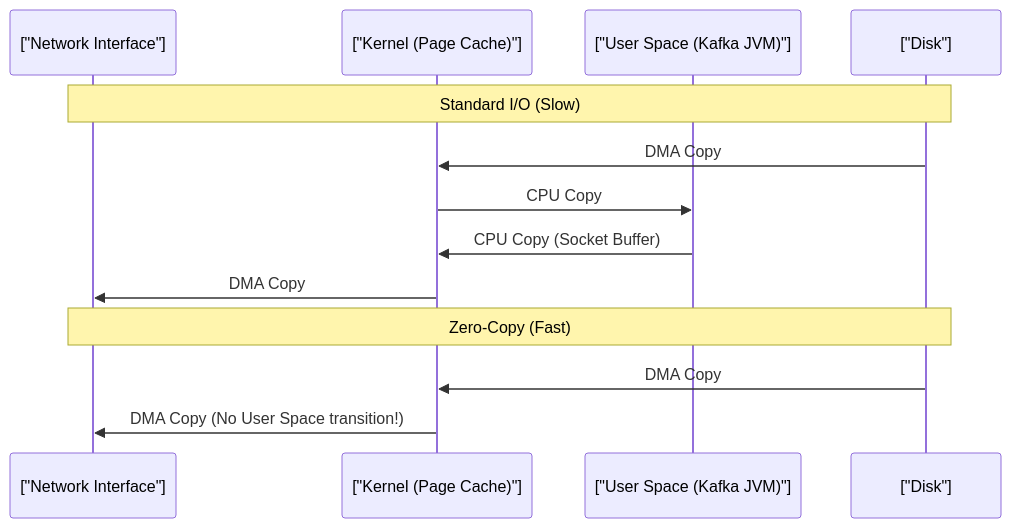
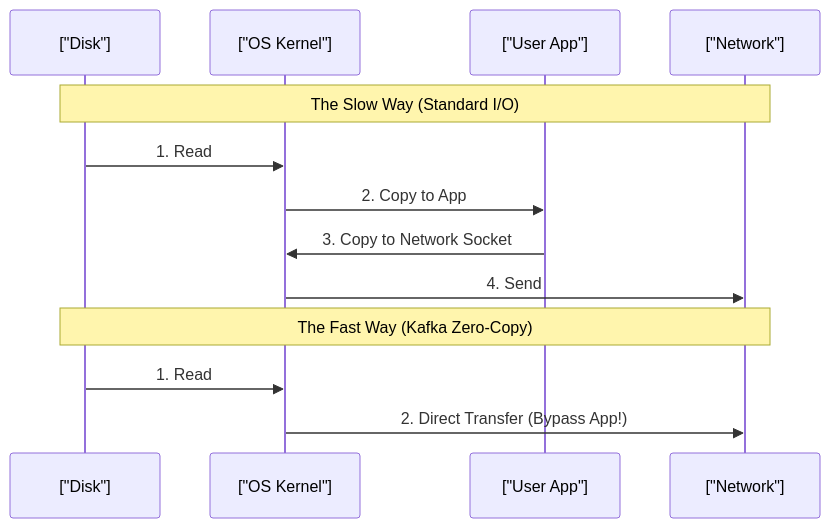
The diagram in system-design/03_distributed_systems_cap_kafka.md (fazleyrabby/backend-engineering-mastery), drawn with Mermaid before and after one commit. The commit also changed other lines of this file and 15 other files, not shown here.

````diff
--- a/system-design/03_distributed_systems_cap_kafka.md
+++ b/system-design/03_distributed_systems_cap_kafka.md
@@ -32,17 +29,17 @@
 ```mermaid
 sequenceDiagram
-    participant NIC as ["Network Interface"]
-    participant K as ["Kernel (Page Cache)"]
-    participant U as ["User Space (Kafka JVM)"]
     participant D as ["Disk"]
+    participant K as ["OS Kernel"]
+    participant U as ["User App"]
+    participant N as ["Network"]
     
-    note over NIC, D: Standard I/O (Slow)
-    D->>K: DMA Copy
-    K->>U: CPU Copy
-    U->>K: CPU Copy (Socket Buffer)
-    K->>NIC: DMA Copy
+    Note over D, N: The Slow Way (Standard I/O)
+    D->>K: 1. Read
+    K->>U: 2. Copy to App
+    U->>K: 3. Copy to Network Socket
+    K->>N: 4. Send
     
-    note over NIC, D: Zero-Copy (Fast)
-    D->>K: DMA Copy
-    K->>NIC: DMA Copy (No User Space transition!)
+    Note over D, N: The Fast Way (Kafka Zero-Copy)
+    D->>K: 1. Read
+    K->>N: 2. Direct Transfer (Bypass App!)
 ```
````
